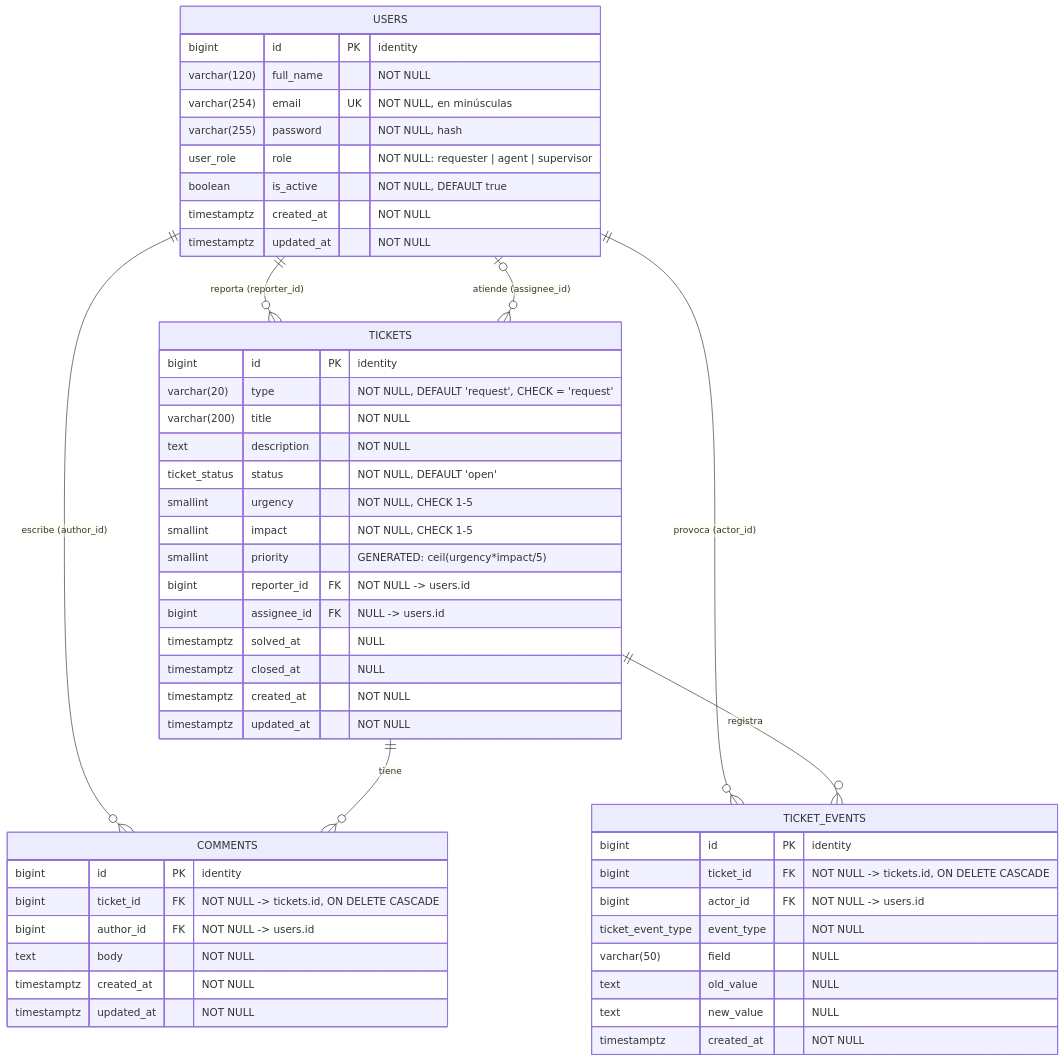
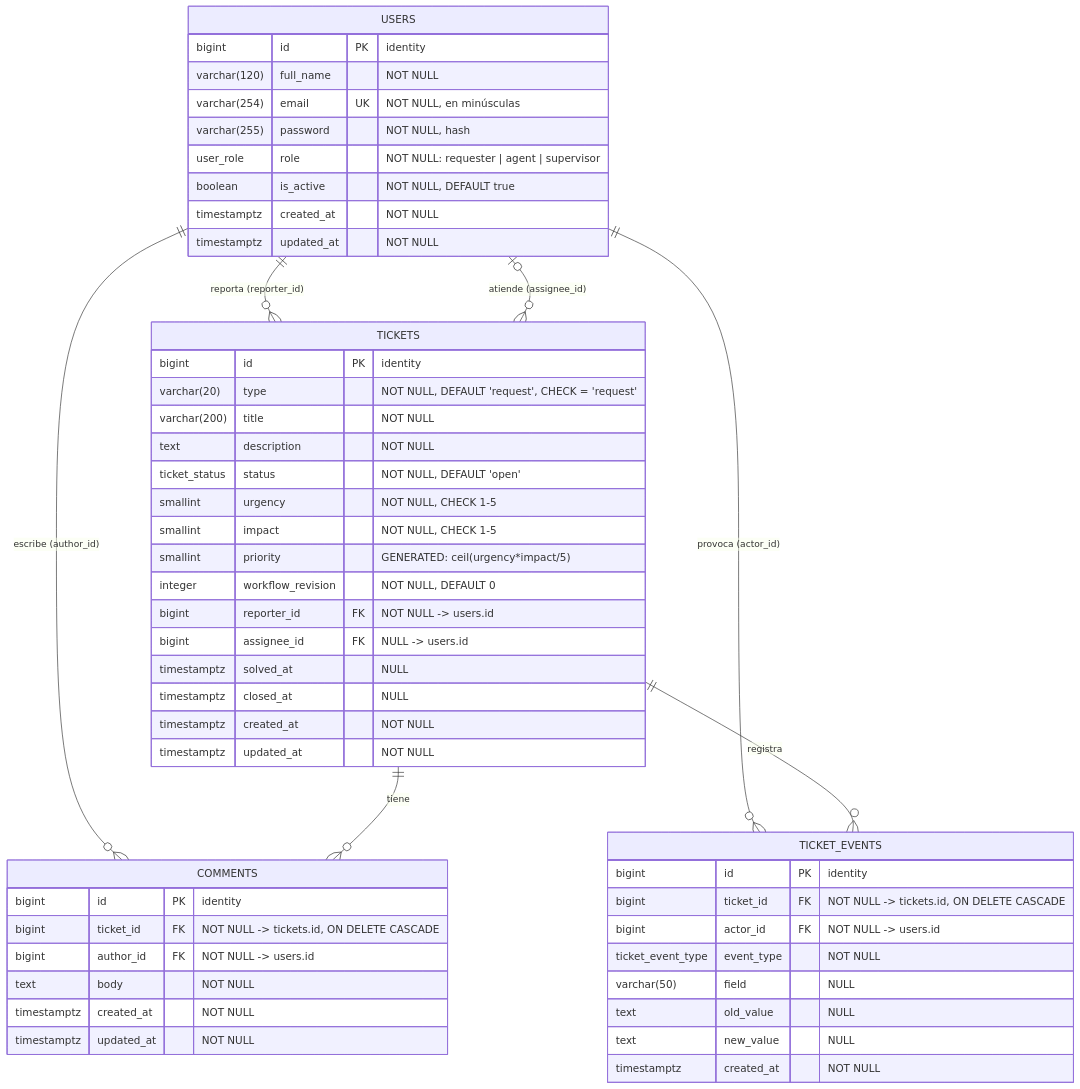
The sixth of 6 diagrams in readme.md (pedrolaralara/AI4Devs-finalproject), drawn with Mermaid before and after one commit. The commit also changed other lines of this file and 17 other files, not shown here.

````diff
--- a/readme.md
+++ b/readme.md
@@ -451,57 +451,58 @@
 ```mermaid
 erDiagram
     USERS ||--o{ TICKETS : "reporta (reporter_id)"
     USERS |o--o{ TICKETS : "atiende (assignee_id)"
     USERS ||--o{ COMMENTS : "escribe (author_id)"
     USERS ||--o{ TICKET_EVENTS : "provoca (actor_id)"
     TICKETS ||--o{ COMMENTS : "tiene"
     TICKETS ||--o{ TICKET_EVENTS : "registra"
 
     USERS {
         bigint id PK "identity"
         varchar(120) full_name "NOT NULL"
         varchar(254) email UK "NOT NULL, en minúsculas"
         varchar(255) password "NOT NULL, hash"
         user_role role "NOT NULL: requester | agent | supervisor"
         boolean is_active "NOT NULL, DEFAULT true"
         timestamptz created_at "NOT NULL"
         timestamptz updated_at "NOT NULL"
     }
 
     TICKETS {
         bigint id PK "identity"
         varchar(20) type "NOT NULL, DEFAULT 'request', CHECK = 'request'"
         varchar(200) title "NOT NULL"
         text description "NOT NULL"
         ticket_status status "NOT NULL, DEFAULT 'open'"
         smallint urgency "NOT NULL, CHECK 1-5"
         smallint impact "NOT NULL, CHECK 1-5"
         smallint priority "GENERATED: ceil(urgency*impact/5)"
+        integer workflow_revision "NOT NULL, DEFAULT 0"
         bigint reporter_id FK "NOT NULL -> users.id"
         bigint assignee_id FK "NULL -> users.id"
         timestamptz solved_at "NULL"
         timestamptz closed_at "NULL"
         timestamptz created_at "NOT NULL"
         timestamptz updated_at "NOT NULL"
     }
 
     COMMENTS {
         bigint id PK "identity"
         bigint ticket_id FK "NOT NULL -> tickets.id, ON DELETE CASCADE"
         bigint author_id FK "NOT NULL -> users.id"
         text body "NOT NULL"
         timestamptz created_at "NOT NULL"
         timestamptz updated_at "NOT NULL"
     }
 
     TICKET_EVENTS {
         bigint id PK "identity"
         bigint ticket_id FK "NOT NULL -> tickets.id, ON DELETE CASCADE"
         bigint actor_id FK "NOT NULL -> users.id"
         ticket_event_type event_type "NOT NULL"
         varchar(50) field "NULL"
         text old_value "NULL"
         text new_value "NULL"
         timestamptz created_at "NOT NULL"
     }
 ```
````
